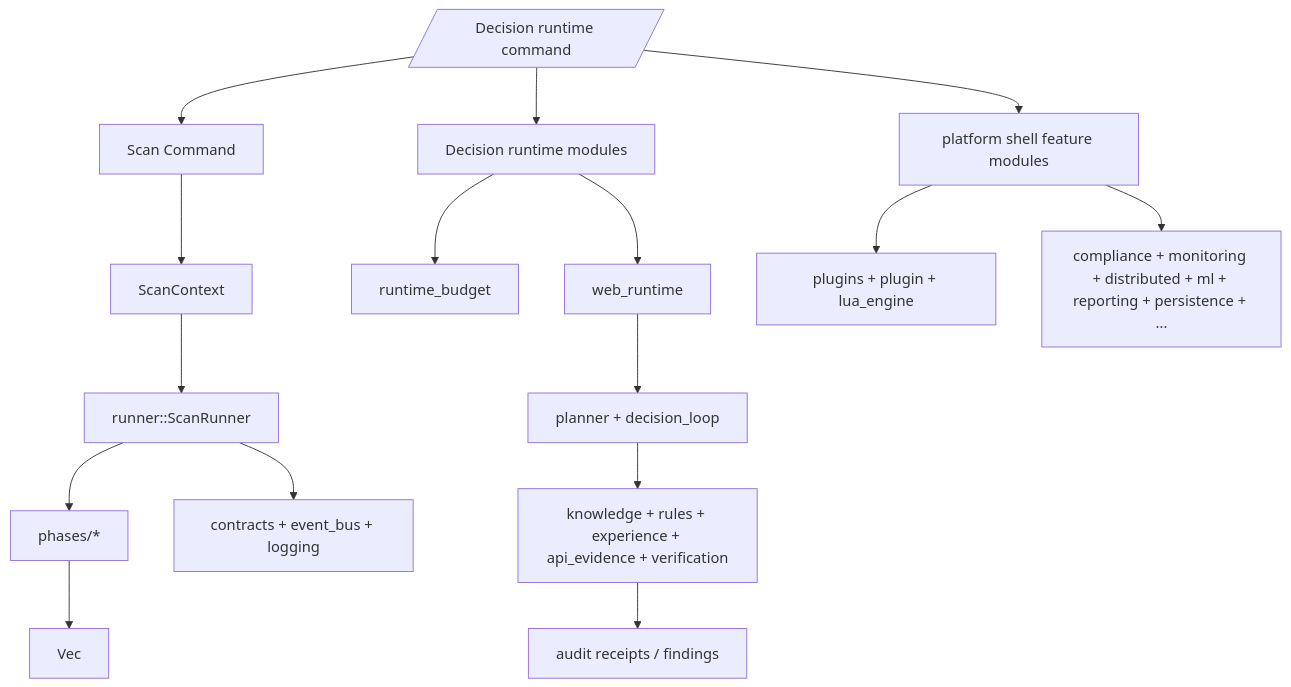
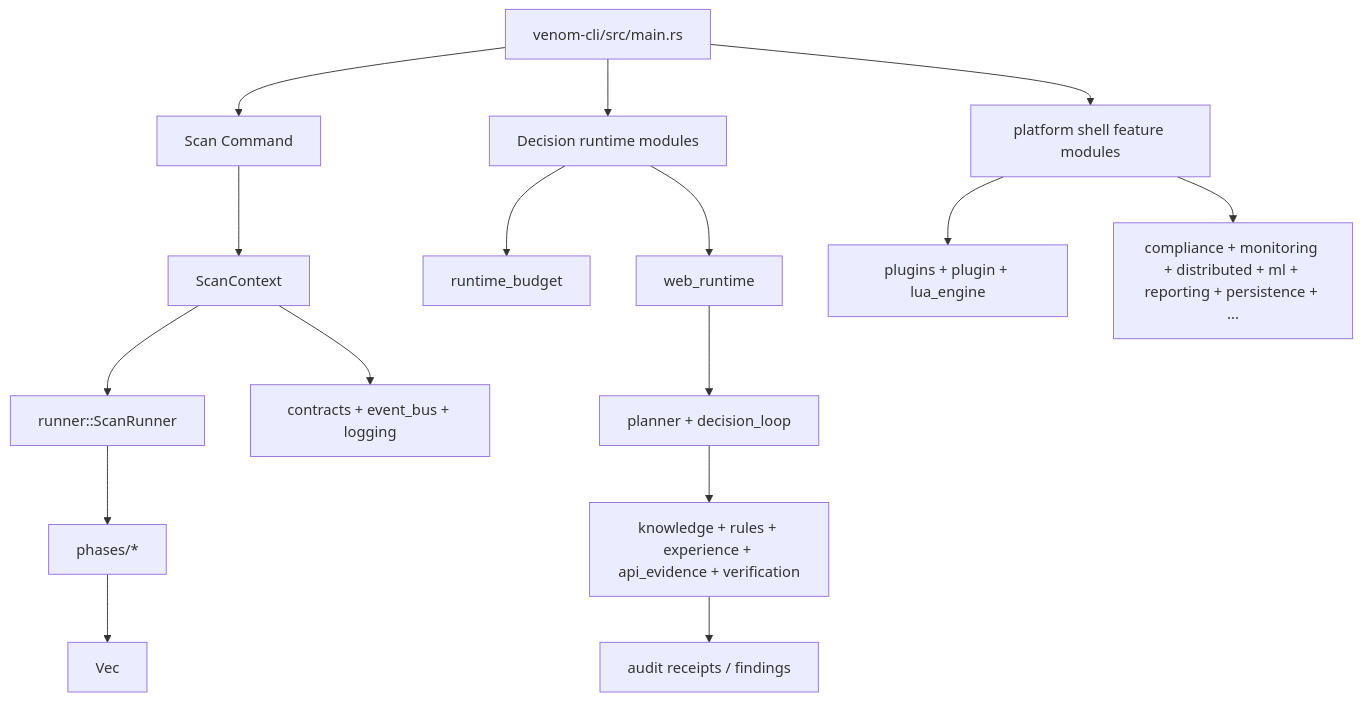
One commit to ITherso/termivar changed the diagram in docs/migrations/runtime-consolidation-5.5.md. Above: the diagram before and after it, drawn with Mermaid. The commit also changed other lines of this file and 2 other files, not shown here.

Commit message:
docs(runtime): finalize 5.5 ownership matrix and accept ADR 0015

````diff
--- a/docs/migrations/runtime-consolidation-5.5.md
+++ b/docs/migrations/runtime-consolidation-5.5.md
@@ -163,22 +135,21 @@
 ```mermaid
 flowchart TD
   Cli[venom-cli/src/main.rs] --> ScanCmd[Scan Command]
   ScanCmd --> ScanContext[ScanContext]
   ScanContext --> Runner[runner::ScanRunner]
   Runner --> Phases[phases/*]
   Phases --> Findings[Vec<ScanFinding>]
 
-  Runner --> LegacyCore[contracts + event_bus + logging]
+  ScanContext --> LegacyCore[contracts + event_bus + logging]
 
-  Cli[/Decision runtime command/]
-  Cli --> DecisionPath[Decision runtime modules]
+  Cli[venom-cli/src/main.rs] --> DecisionPath[Decision runtime modules]
   DecisionPath --> RuntimeBudget[runtime_budget]
   DecisionPath --> WebRuntime[web_runtime]
   WebRuntime --> Planner[planner + decision_loop]
   Planner --> Evidence[knowledge + rules + experience + api_evidence + verification]
   Evidence --> DecisionArtifacts[audit receipts / findings]
 
-  Cli --> PlatformShell[platform shell feature modules]
+  Cli[venom-cli/src/main.rs] --> PlatformShell[platform shell feature modules]
   PlatformShell --> Plugins[plugins + plugin + lua_engine]
   PlatformShell --> Infra[compliance + monitoring + distributed + ml + reporting + persistence + ...]
 ```
````
